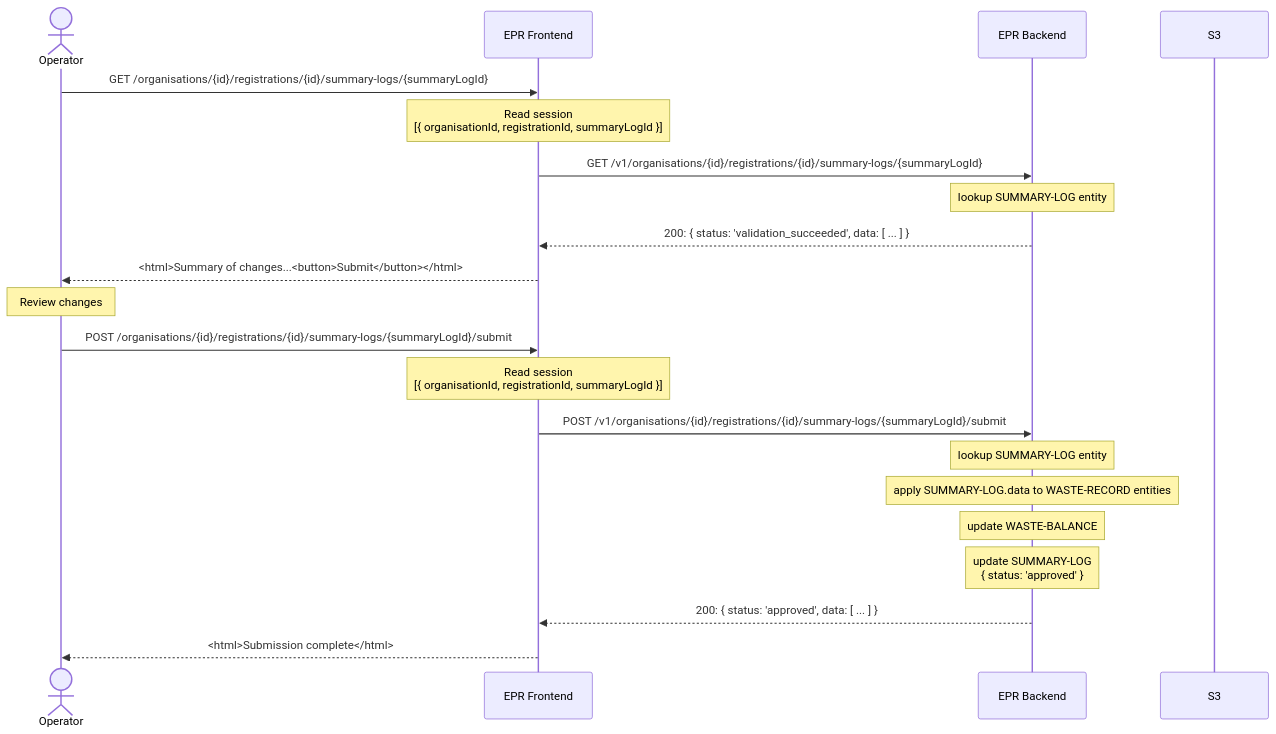
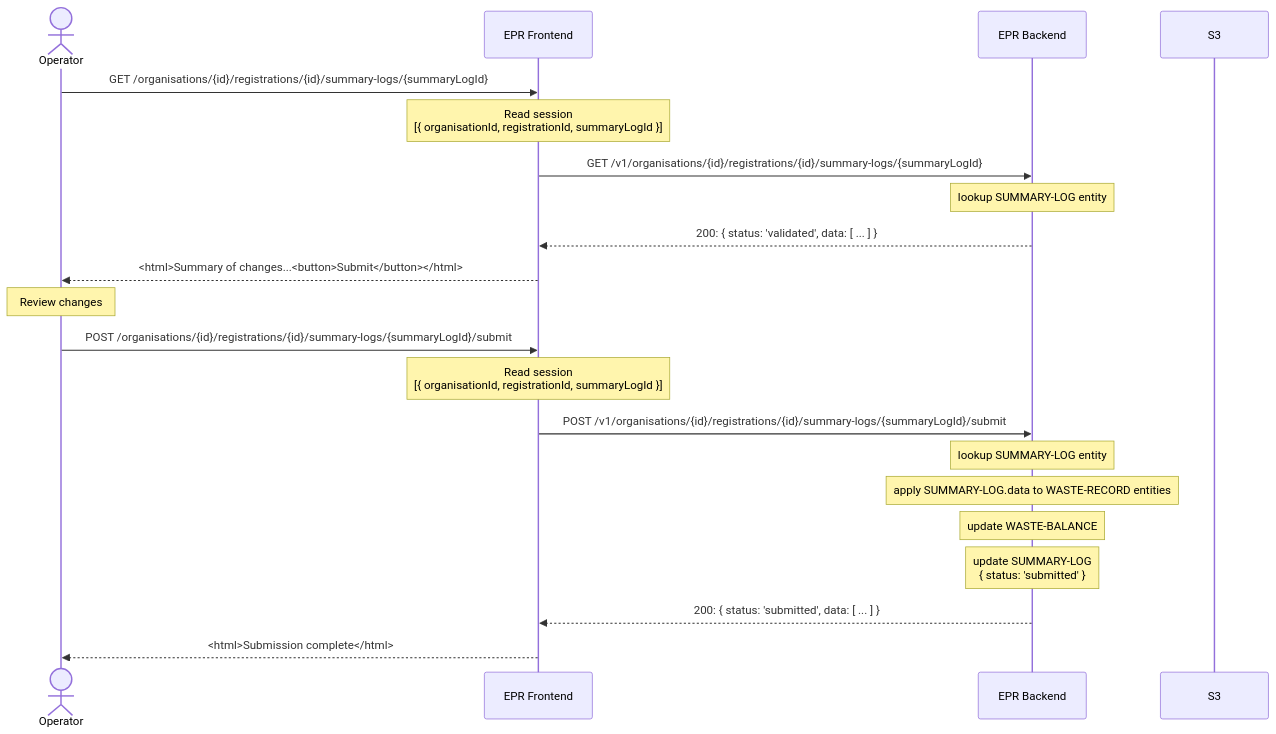
One commit to DEFRA/epr-backend changed the third of 3 diagrams in docs/architecture/discovery/pepr-lld.md. Above: the diagram before and after it, drawn with Mermaid. The commit also changed other lines of this file and 1 other file, not shown here.

First line of the commit message:
Improve summary log state naming and add state diagram

````diff
--- a/docs/architecture/discovery/pepr-lld.md
+++ b/docs/architecture/discovery/pepr-lld.md
@@ -645,27 +645,27 @@
 ```mermaid
 sequenceDiagram
   actor Op as Operator
   participant Frontend as EPR Frontend
   participant Backend as EPR Backend
   participant S3
 
 
   Op->>Frontend: GET /organisations/{id}/registrations/{id}/summary-logs/{summaryLogId}
   Note over Frontend: Read session<br>[{ organisationId, registrationId, summaryLogId }]
   Frontend->>Backend: GET /v1/organisations/{id}/registrations/{id}/summary-logs/{summaryLogId}
   Note over Backend: lookup SUMMARY-LOG entity
-  Backend-->>Frontend: 200: { status: 'validation_succeeded', data: [ ... ] }
+  Backend-->>Frontend: 200: { status: 'validated', data: [ ... ] }
   Frontend-->>Op: <html>Summary of changes...<button>Submit</button></html>
 
   Note over Op: Review changes
 
   Op->>Frontend: POST /organisations/{id}/registrations/{id}/summary-logs/{summaryLogId}/submit
   Note over Frontend: Read session<br>[{ organisationId, registrationId, summaryLogId }]
   Frontend->>Backend: POST /v1/organisations/{id}/registrations/{id}/summary-logs/{summaryLogId}/submit
   Note over Backend: lookup SUMMARY-LOG entity
   Note over Backend: apply SUMMARY-LOG.data to WASTE-RECORD entities
   Note over Backend: update WASTE-BALANCE
-  Note over Backend: update SUMMARY-LOG<br>{ status: 'approved' }
-  Backend-->>Frontend: 200: { status: 'approved', data: [ ... ] }
+  Note over Backend: update SUMMARY-LOG<br>{ status: 'submitted' }
+  Backend-->>Frontend: 200: { status: 'submitted', data: [ ... ] }
   Frontend-->>Op: <html>Submission complete</html>
 ```
````
